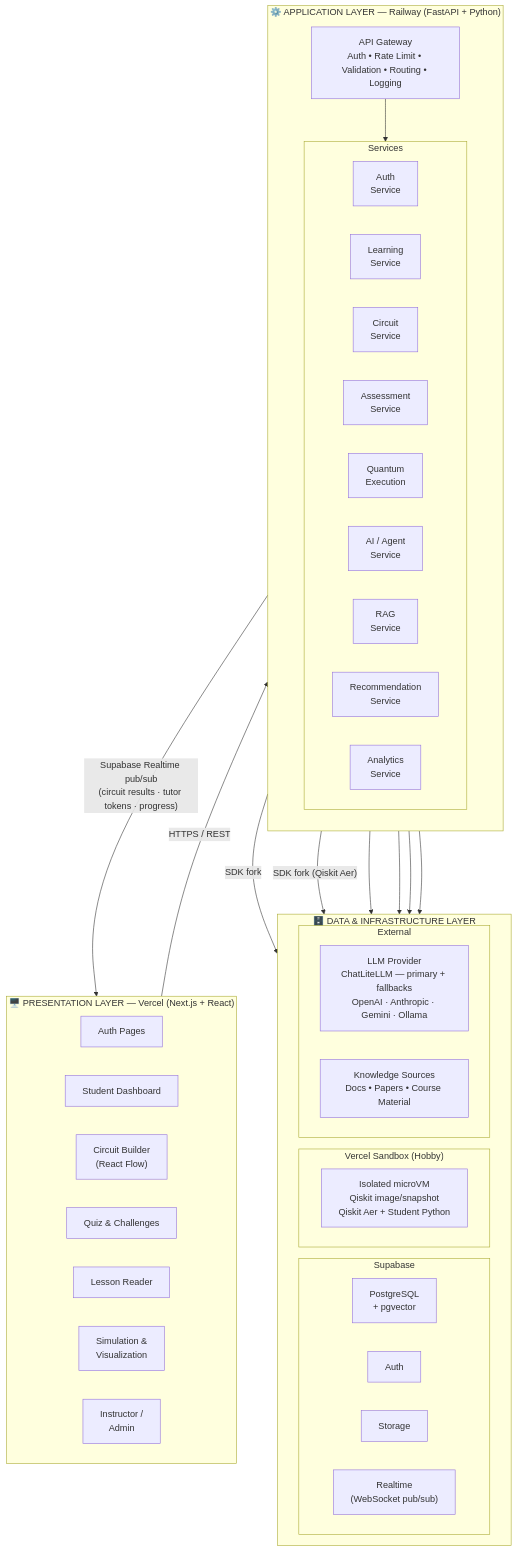
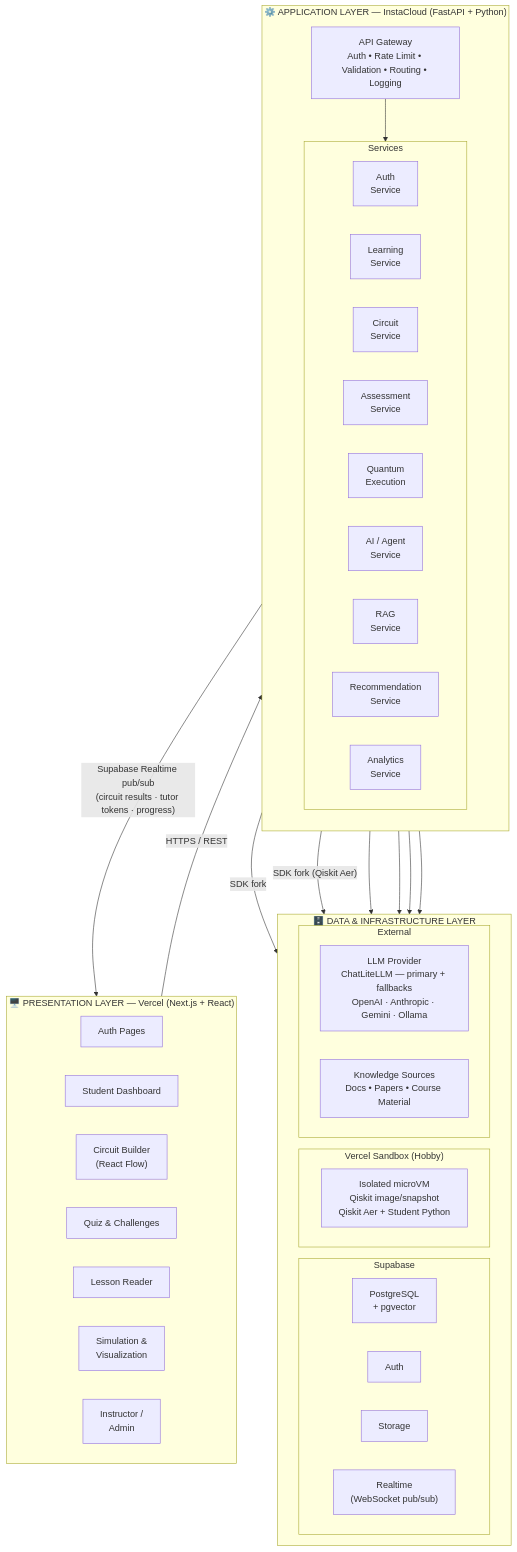
One commit to qphase-ai/Q-Learn changed the first of 5 diagrams in Project.md. Above: the diagram before and after it, drawn with Mermaid. The commit also changed other lines of this file and 17 other files, not shown here.

First line of the commit message:
docs: move backend hosting from Railway to InstaCloud

````diff
--- a/Project.md
+++ b/Project.md
@@ -144,61 +144,61 @@
 ```mermaid
 flowchart TD
     subgraph PRESENTATION["🖥️ PRESENTATION LAYER — Vercel (Next.js + React)"]
         direction LR
         Auth["Auth Pages"]
         Dashboard["Student Dashboard"]
         CircuitUI["Circuit Builder\n(React Flow)"]
         Quiz["Quiz & Challenges"]
         Lesson["Lesson Reader"]
         Sim["Simulation &\nVisualization"]
         Instructor["Instructor /\nAdmin"]
     end
 
-    subgraph APPLICATION["⚙️ APPLICATION LAYER — Railway (FastAPI + Python)"]
+    subgraph APPLICATION["⚙️ APPLICATION LAYER — InstaCloud (FastAPI + Python)"]
         direction TB
         GW["API Gateway\nAuth • Rate Limit • Validation • Routing • Logging"]
 
         subgraph SERVICES["Services"]
             direction LR
             AuthSvc["Auth\nService"]
             LearnSvc["Learning\nService"]
             CircuitSvc["Circuit\nService"]
             AssessSvc["Assessment\nService"]
             QuantumSvc["Quantum\nExecution"]
             AgentSvc["AI / Agent\nService"]
             RAGSvc["RAG\nService"]
             RecSvc["Recommendation\nService"]
             Analytics["Analytics\nService"]
         end
 
         GW --> SERVICES
     end
 
     subgraph DATA["🗄️ DATA & INFRASTRUCTURE LAYER"]
         direction LR
         subgraph Supabase["Supabase"]
             DB["PostgreSQL\n+ pgvector"]
             SupaAuth["Auth"]
             Storage["Storage"]
             Realtime["Realtime\n(WebSocket pub/sub)"]
         end
 
         subgraph VercelSandbox["Vercel Sandbox (Hobby)"]
             MicroVM["Isolated microVM\nQiskit image/snapshot\nQiskit Aer + Student Python"]
         end
 
         subgraph External["External"]
             LLM["LLM Provider\nChatLiteLLM — primary + fallbacks\nOpenAI · Anthropic · Gemini · Ollama"]
             KnowledgeBase["Knowledge Sources\nDocs • Papers • Course Material"]
         end
     end
 
     PRESENTATION -- "HTTPS / REST" --> APPLICATION
     APPLICATION -- "Supabase Realtime pub/sub\n(circuit results · tutor tokens · progress)" --> PRESENTATION
     APPLICATION --> DATA
     AgentSvc -- "SDK fork" --> MicroVM
     QuantumSvc -- "SDK fork (Qiskit Aer)" --> MicroVM
     RAGSvc --> LLM
     RAGSvc --> KnowledgeBase
     RAGSvc --> DB
 ```
````
